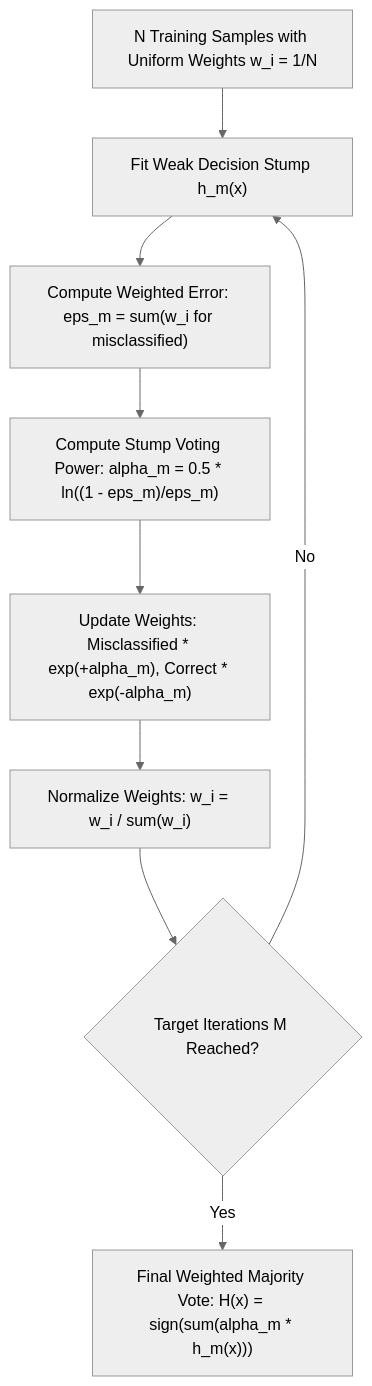
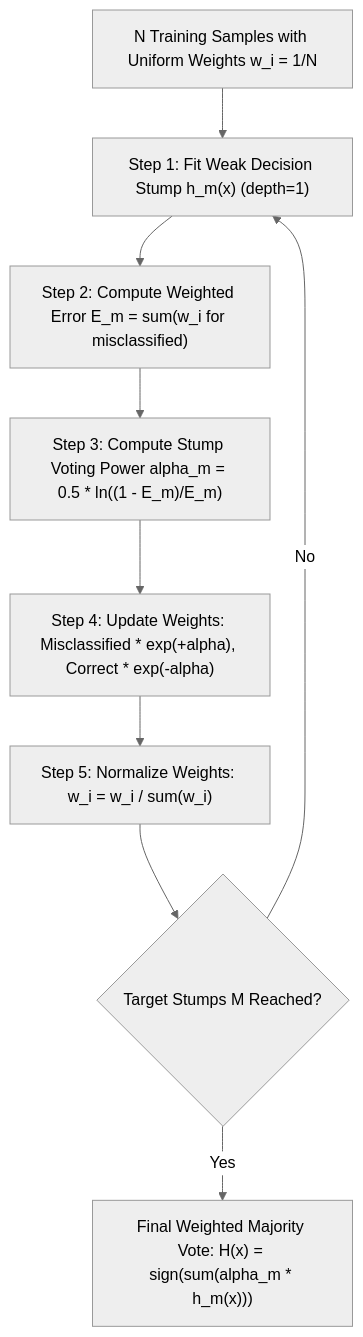
One commit to S1h2i3v4a/AI_ML changed the diagram in lecture_30/Notes_30.05/README.md. Above: the diagram before and after it, drawn with Mermaid (neutral theme). The commit also changed other lines of this file and 57 other files, not shown here.

````diff
--- a/lecture_30/Notes_30.05/README.md
+++ b/lecture_30/Notes_30.05/README.md
@@ -18,11 +60,11 @@
 ```mermaid
 flowchart TD
-    A["N Training Samples with Uniform Weights w_i = 1/N"] --> B["Fit Weak Decision Stump h_m(x)"]
-    B --> C["Compute Weighted Error: eps_m = sum(w_i for misclassified)"]
-    C --> D["Compute Stump Voting Power: alpha_m = 0.5 * ln((1 - eps_m)/eps_m)"]
-    D --> E["Update Weights: Misclassified * exp(+alpha_m), Correct * exp(-alpha_m)"]
-    E --> F["Normalize Weights: w_i = w_i / sum(w_i)"]
-    F --> G{"Target Iterations M Reached?"}
+    A["N Training Samples with Uniform Weights w_i = 1/N"] --> B["Step 1: Fit Weak Decision Stump h_m(x) (depth=1)"]
+    B --> C["Step 2: Compute Weighted Error E_m = sum(w_i for misclassified)"]
+    C --> D["Step 3: Compute Stump Voting Power alpha_m = 0.5 * ln((1 - E_m)/E_m)"]
+    D --> E["Step 4: Update Weights: Misclassified * exp(+alpha), Correct * exp(-alpha)"]
+    E --> F["Step 5: Normalize Weights: w_i = w_i / sum(w_i)"]
+    F --> G{"Target Stumps M Reached?"}
     G -->|"No"| B
     G -->|"Yes"| H["Final Weighted Majority Vote: H(x) = sign(sum(alpha_m * h_m(x)))"]
 ```
````
